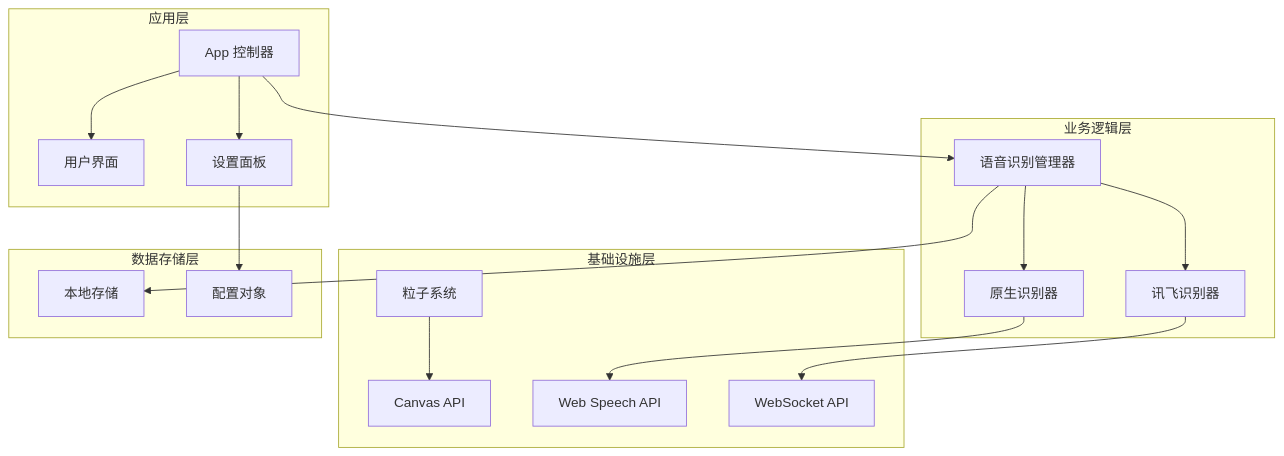
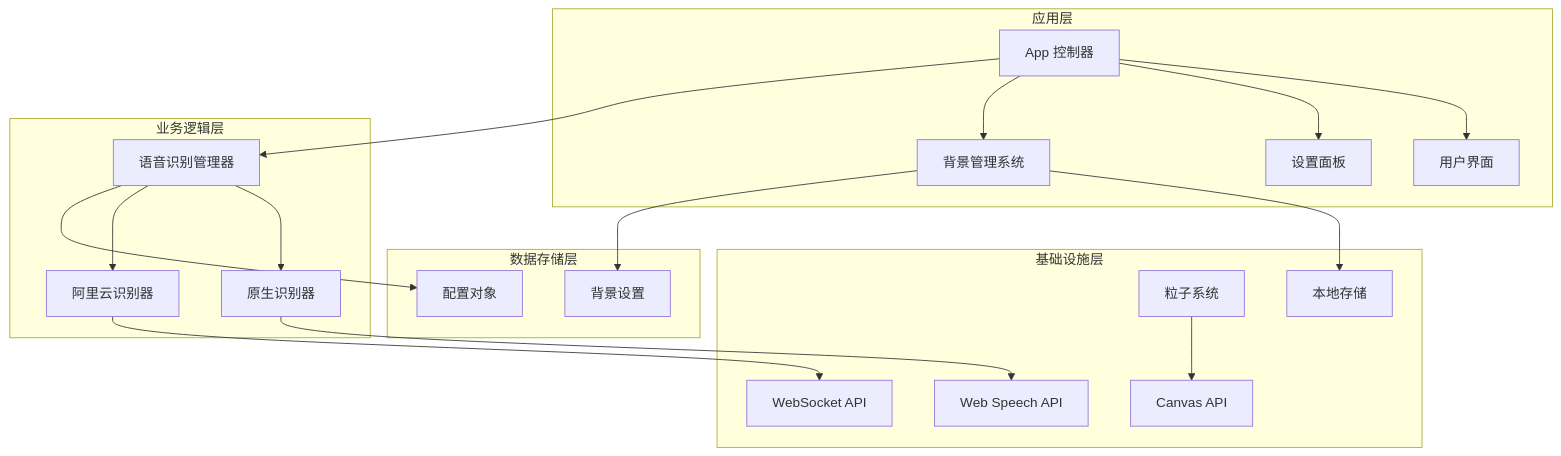
Before and after one commit to db300/MySpeechRecognition: the second of 9 diagrams in .qoder/repowiki/zh/content/API参考文档/App 控制器 API.md, drawn with Mermaid. The commit also changed other lines of this file and 24 other files, not shown here.

````diff
--- a/.qoder/repowiki/zh/content/API参考文档/App 控制器 API.md
+++ b/.qoder/repowiki/zh/content/API参考文档/App 控制器 API.md
@@ -91,21 +99,23 @@
 ```mermaid
 graph TD
 subgraph "应用层"
 App[App 控制器] --> UI[用户界面]
 App --> Settings[设置面板]
+App --> Background[背景管理系统]
 end
 subgraph "业务逻辑层"
 App --> SpeechMgr[语音识别管理器]
 SpeechMgr --> NativeSR[原生识别器]
-SpeechMgr --> XfyunSR[讯飞识别器]
+SpeechMgr --> AliyunSR[阿里云识别器]
 end
 subgraph "基础设施层"
 Particles[粒子系统] --> Canvas[Canvas API]
 NativeSR --> WebAPI[Web Speech API]
-XfyunSR --> WebSocket[WebSocket API]
+AliyunSR --> WebSocket[WebSocket API]
+Background --> LocalStorage[本地存储]
 end
 subgraph "数据存储层"
-SpeechMgr --> LocalStorage[本地存储]
-Settings --> Config[配置对象]
+SpeechMgr --> Config[配置对象]
+Background --> BGSettings[背景设置]
 end
 ```
````
